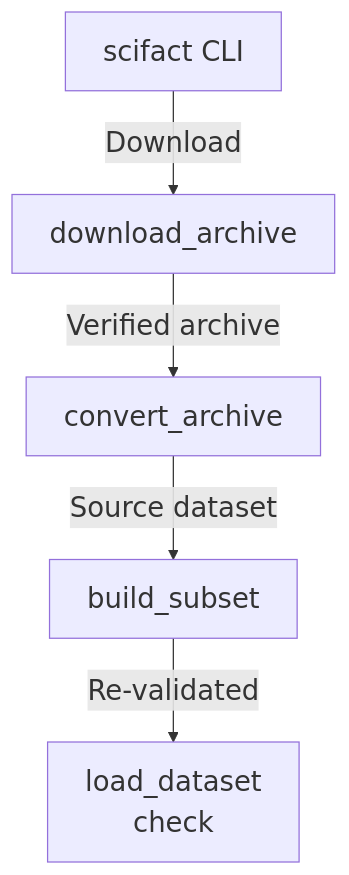
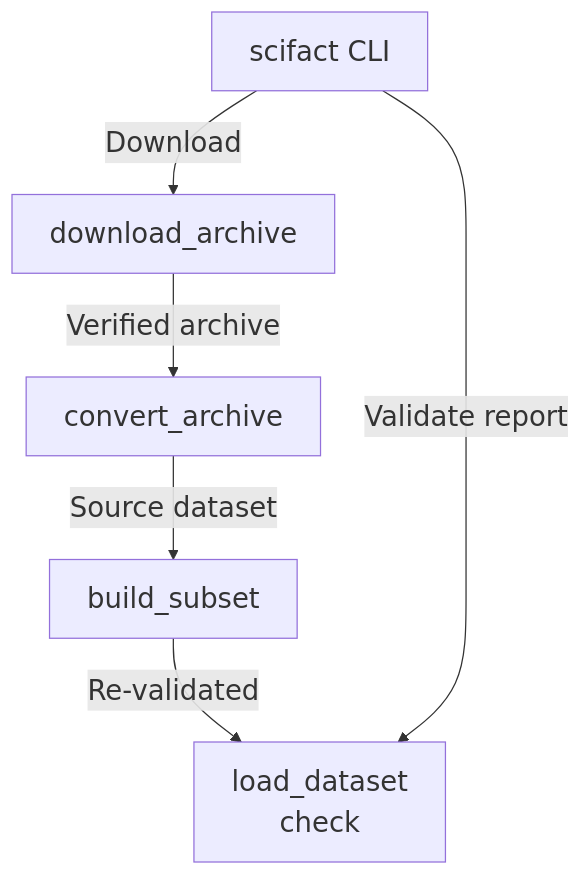
One commit to Justin-Mendoza/Afterclass changed the diagram in maps/evaluation/diagram-05.mmd. Above: the diagram before and after it, drawn with Mermaid. The commit also changed 88 other files, not shown here.

```diff
--- a/maps/evaluation/diagram-05.mmd
+++ b/maps/evaluation/diagram-05.mmd
@@ -1,11 +1,12 @@
 %%{init: {"themeVariables": {"fontSize": "22px"}}}%%
 flowchart TD
   n0["scifact CLI"]
   n1["download_archive"]
   n2["convert_archive"]
   n3["build_subset"]
   n4["load_dataset<br/>check"]
   n0 -->|"Download"| n1
   n1 -->|"Verified archive"| n2
   n2 -->|"Source dataset"| n3
   n3 -->|"Re-validated"| n4
+  n0 -->|"Validate report"| n4
```
